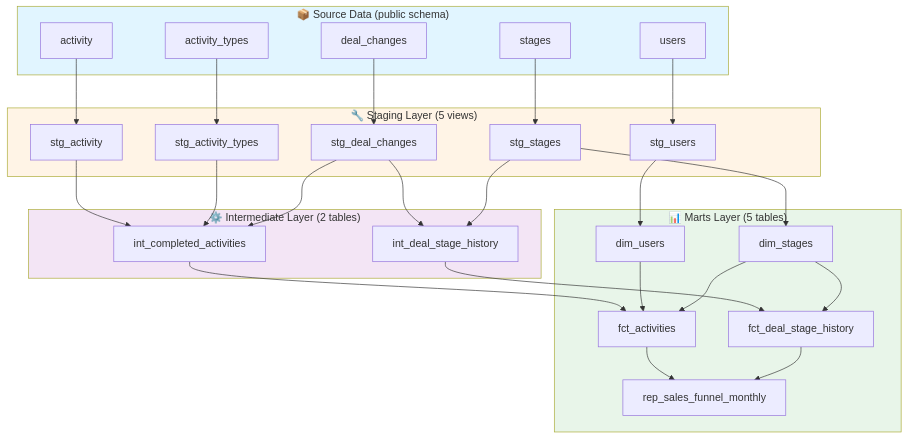
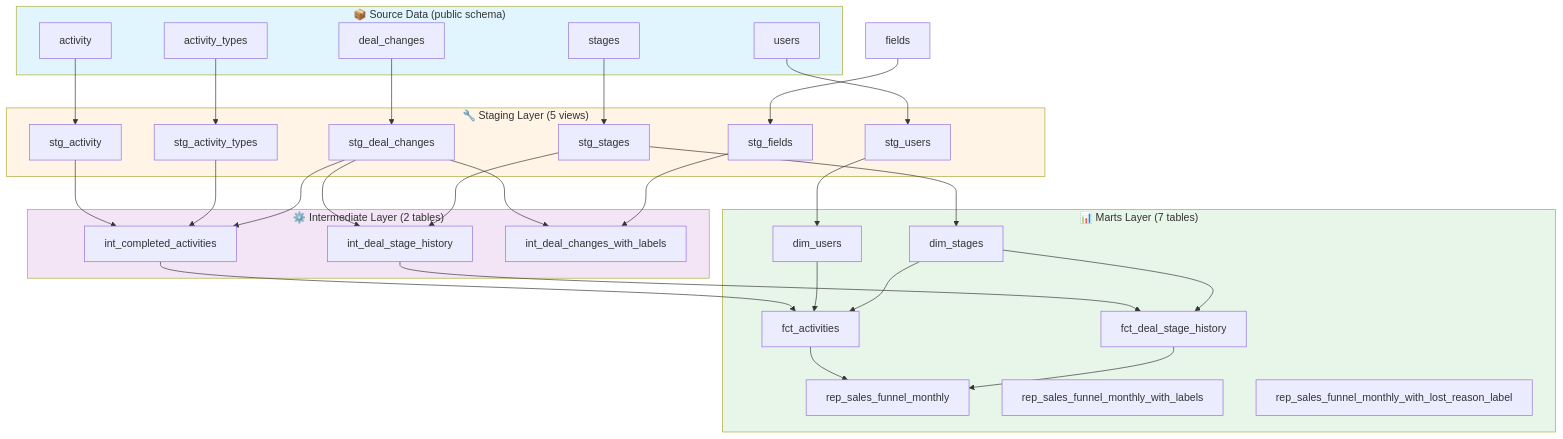
The first of 2 diagrams in SOLUTION.md (dataorket/dbt_enpal_assessment), drawn with Mermaid before and after one commit. The commit also changed other lines of this file and 4 other files, not shown here.

Commit message:
Enrich: add stg_fields, lost reason label parsing, and clean project structure

````diff
--- a/SOLUTION.md
+++ b/SOLUTION.md
@@ -9,62 +9,69 @@
 ```mermaid
 flowchart TD
     subgraph Sources["📦 Source Data (public schema)"]
         A[activity]
         AT[activity_types]
         DC[deal_changes]
         S[stages]
         U[users]
     end
     
     subgraph Staging["🔧 Staging Layer (5 views)"]
-        SA[stg_activity]
-        SAT[stg_activity_types]
-        SDC[stg_deal_changes]
-        SS[stg_stages]
-        SU[stg_users]
+  SA[stg_activity]
+  SAT[stg_activity_types]
+  SDC[stg_deal_changes]
+  SS[stg_stages]
+  SU[stg_users]
+  SF[stg_fields]
     end
     
     subgraph Intermediate["⚙️ Intermediate Layer (2 tables)"]
-        ICA[int_completed_activities]
-        IDH[int_deal_stage_history]
+  ICA[int_completed_activities]
+  IDH[int_deal_stage_history]
+  ICL[int_deal_changes_with_labels]
     end
     
-    subgraph Marts["📊 Marts Layer (5 tables)"]
-        DU[dim_users]
-        DS[dim_stages]
-        FA[fct_activities]
-        FD[fct_deal_stage_history]
-        REP[rep_sales_funnel_monthly]
+  subgraph Marts["📊 Marts Layer (7 tables)"]
+    DU[dim_users]
+    DS[dim_stages]
+    FA[fct_activities]
+    FD[fct_deal_stage_history]
+    REP[rep_sales_funnel_monthly]
+    REPL[rep_sales_funnel_monthly_with_labels]
+    REPLR[rep_sales_funnel_monthly_with_lost_reason_label]
     end
     
     A --> SA
-    AT --> SAT
-    DC --> SDC
+  AT --> SAT
+  F[fields] --> SF
+  DC --> SDC
+  SDC --> ICL
+  SF --> ICL
     S --> SS
     U --> SU
     
     SA --> ICA
     SAT --> ICA
     SDC --> ICA
     
     SDC --> IDH
     SS --> IDH
     
     ICA --> FA
     IDH --> FD
     
     SU --> DU
     SS --> DS
     
     DU --> FA
     DS --> FA
     DS --> FD
     
     FA --> REP
     FD --> REP
     
     style Sources fill:#e1f5ff
     style Staging fill:#fff4e6
     style Intermediate fill:#f3e5f5
     style Marts fill:#e8f5e9
 ```
````
